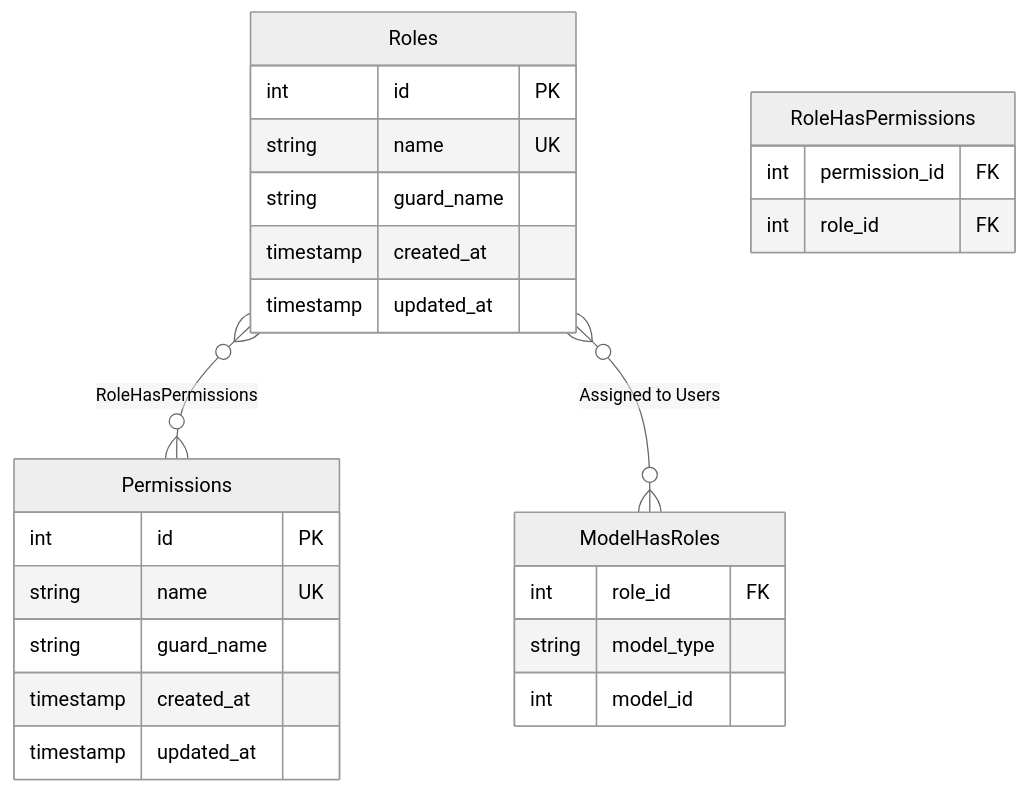
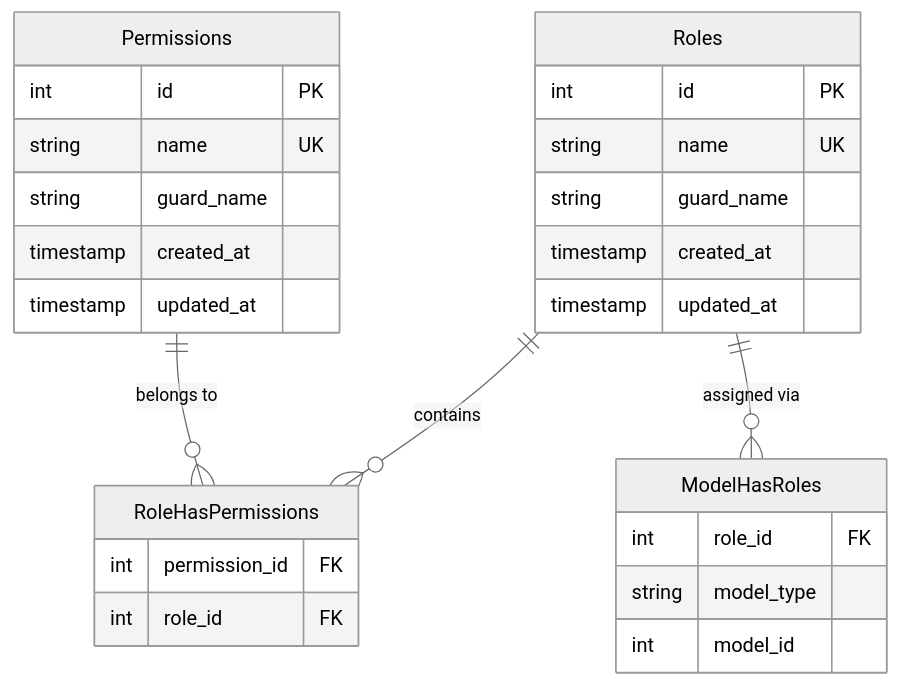
One commit to vheins/vibe-coding-template changed the second of 2 diagrams in .agent/documents/application/modules/iam-security/role-permission-management.md. Above: the diagram before and after it, drawn with Mermaid (neutral theme). The commit also changed other lines of this file and 8 other files, not shown here.

````diff
--- a/.agent/documents/application/modules/iam-security/role-permission-management.md
+++ b/.agent/documents/application/modules/iam-security/role-permission-management.md
@@ -56,32 +102,33 @@
 ```mermaid
 erDiagram
     Roles {
         int id PK
         string name UK
         string guard_name
         timestamp created_at
         timestamp updated_at
     }
 
     Permissions {
         int id PK
         string name UK
         string guard_name
         timestamp created_at
         timestamp updated_at
     }
 
     RoleHasPermissions {
         int permission_id FK
         int role_id FK
     }
 
     ModelHasRoles {
         int role_id FK
         string model_type
         int model_id
     }
 
-    Roles }o--o{ Permissions : "RoleHasPermissions"
-    Roles }o--o{ ModelHasRoles : "Assigned to Users"
+    Roles ||--o{ RoleHasPermissions : "contains"
+    Permissions ||--o{ RoleHasPermissions : "belongs to"
+    Roles ||--o{ ModelHasRoles : "assigned via"
 ```
````
